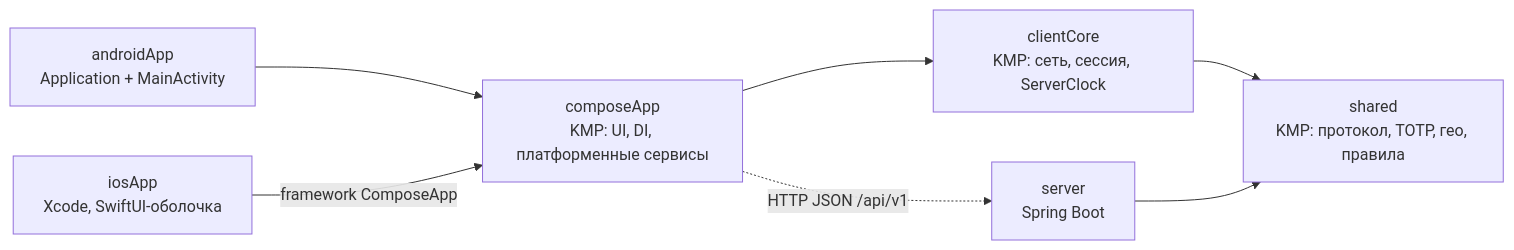
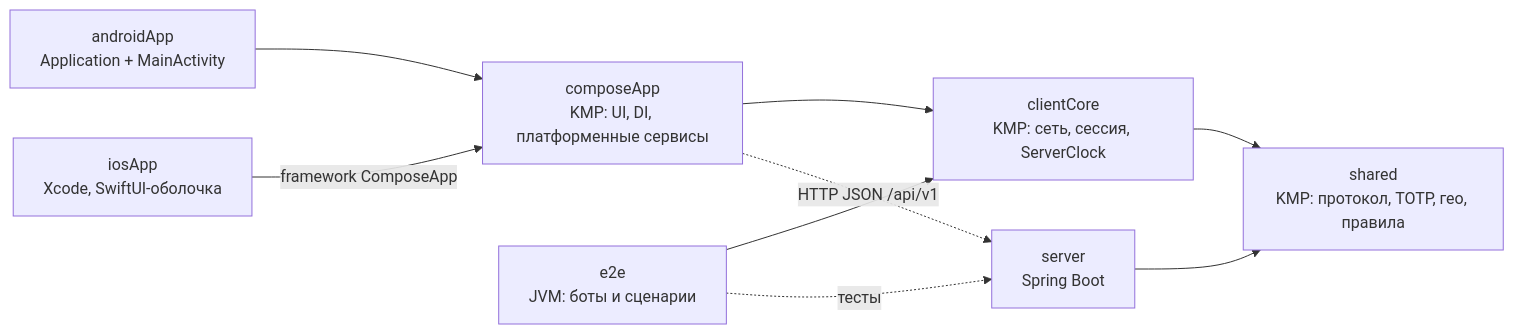
The first of 4 diagrams in docs/architecture.md (denysbohusevych/hovanki), drawn with Mermaid before and after one commit. The commit also changed other lines of this file and 31 other files, not shown here.

````diff
--- a/docs/architecture.md
+++ b/docs/architecture.md
@@ -7,10 +7,12 @@
 ```mermaid
 flowchart LR
     androidApp["androidApp<br/>Application + MainActivity"] --> composeApp
     iosApp["iosApp<br/>Xcode, SwiftUI-оболочка"] -->|"framework ComposeApp"| composeApp
     composeApp["composeApp<br/>KMP: UI, DI, платформенные сервисы"] --> clientCore
     clientCore["clientCore<br/>KMP: сеть, сессия, ServerClock"] --> shared
     server["server<br/>Spring Boot"] --> shared
+    e2e["e2e<br/>JVM: боты и сценарии"] --> clientCore
+    e2e -.->|"тесты"| server
     shared["shared<br/>KMP: протокол, TOTP, гео, правила"]
     composeApp -.->|"HTTP JSON /api/v1"| server
 ```
````
